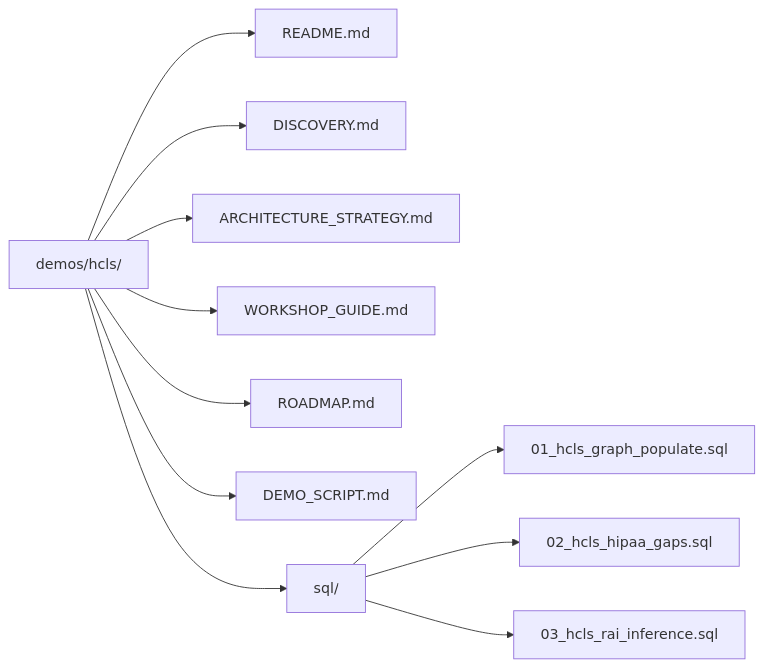
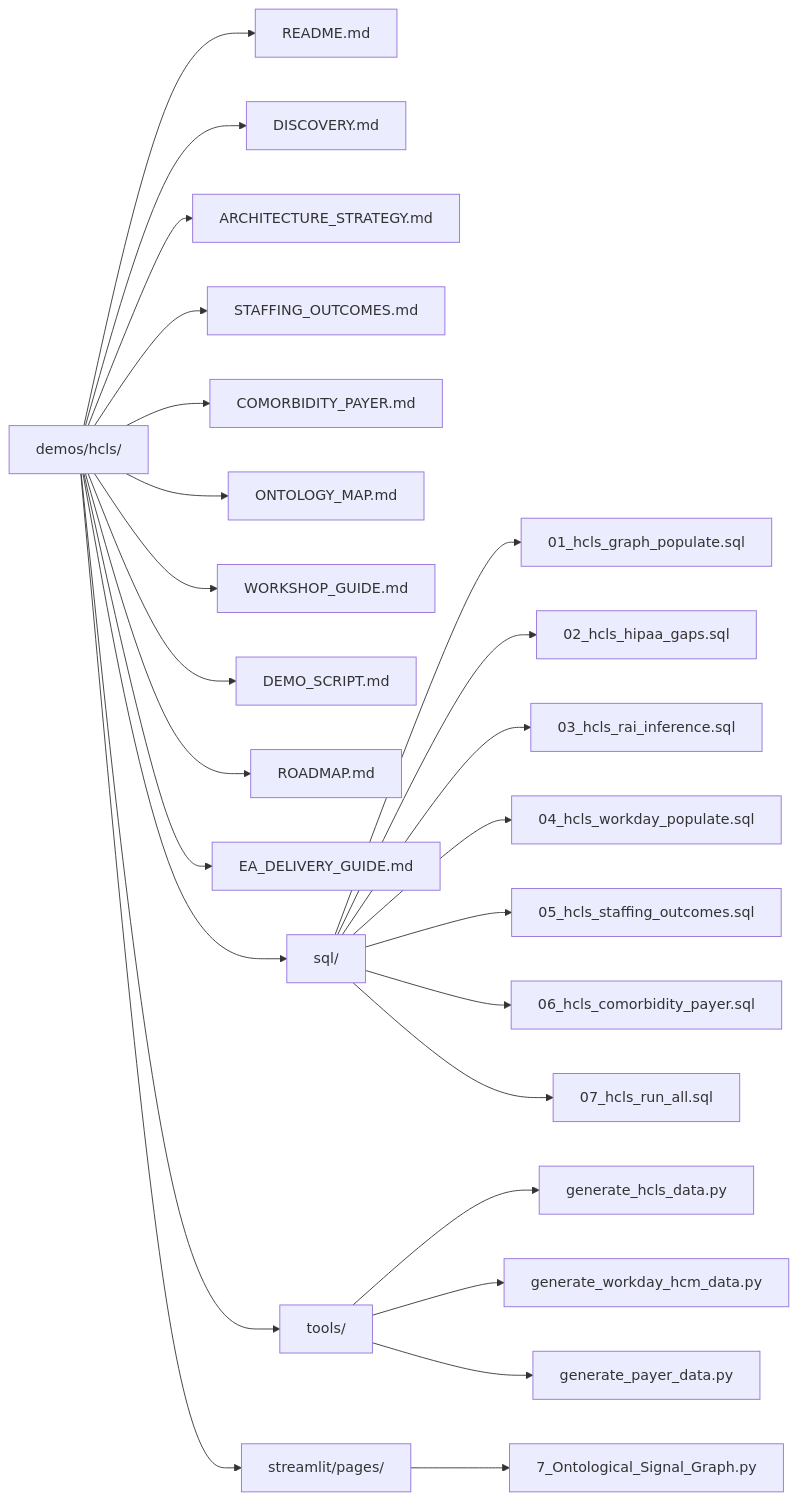
One commit to sfc-gh-smitchener-1/snowflake-demos changed the second of 2 diagrams in hcls/README.md. Above: the diagram before and after it, drawn with Mermaid. The commit also changed other lines of this file and 7 other files, not shown here.

````diff
--- a/hcls/README.md
+++ b/hcls/README.md
@@ -130,14 +266,28 @@
 ```mermaid
 graph LR
     ROOT["demos/hcls/"]
     ROOT --> README["README.md"]
     ROOT --> DISC["DISCOVERY.md"]
     ROOT --> ARCH["ARCHITECTURE_STRATEGY.md"]
+    ROOT --> STAFF["STAFFING_OUTCOMES.md"]
+    ROOT --> COMOR["COMORBIDITY_PAYER.md"]
+    ROOT --> ONTO["ONTOLOGY_MAP.md"]
     ROOT --> WS["WORKSHOP_GUIDE.md"]
+    ROOT --> DS["DEMO_SCRIPT.md"]
     ROOT --> RM["ROADMAP.md"]
-    ROOT --> DS["DEMO_SCRIPT.md"]
+    ROOT --> EA["EA_DELIVERY_GUIDE.md"]
     ROOT --> SQL["sql/"]
     SQL --> S1["01_hcls_graph_populate.sql"]
     SQL --> S2["02_hcls_hipaa_gaps.sql"]
     SQL --> S3["03_hcls_rai_inference.sql"]
+    SQL --> S4["04_hcls_workday_populate.sql"]
+    SQL --> S5["05_hcls_staffing_outcomes.sql"]
+    SQL --> S6["06_hcls_comorbidity_payer.sql"]
+    SQL --> S7["07_hcls_run_all.sql"]
+    ROOT --> TOOLS["tools/"]
+    TOOLS --> T1["generate_hcls_data.py"]
+    TOOLS --> T2["generate_workday_hcm_data.py"]
+    TOOLS --> T3["generate_payer_data.py"]
+    ROOT --> ST["streamlit/pages/"]
+    ST --> P7["7_Ontological_Signal_Graph.py"]
 ```
````
